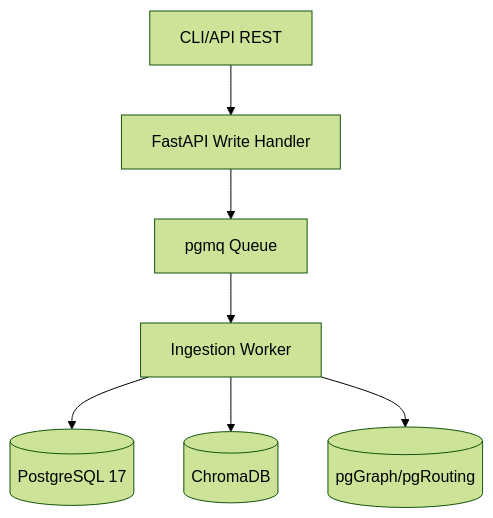
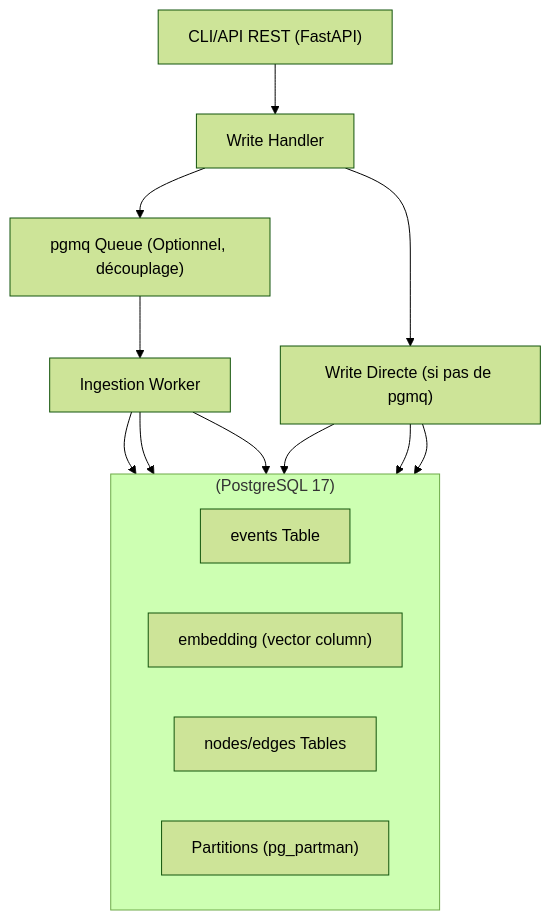
One commit to giak/mnemo-lite changed the first of 3 diagrams in docs/Document Architecture.md. Above: the diagram before and after it, drawn with Mermaid (forest theme). The commit also changed other lines of this file and 7 other files, not shown here.

````diff
--- a/docs/Document Architecture.md
+++ b/docs/Document Architecture.md
@@ -17,9 +15,22 @@
 ```mermaid
 flowchart TD
-  CLI_API["CLI/API REST"] --> FastAPI_Write["FastAPI Write Handler"]
-  FastAPI_Write --> Queue["pgmq Queue"]
+  CLI_API["CLI/API REST (FastAPI)"] --> WriteHandler["Write Handler"]
+  WriteHandler --> Queue["pgmq Queue (Optionnel, découplage)"]
   Queue --> Worker["Ingestion Worker"]
-  Worker --> PostgreSQL[("PostgreSQL 17")]
-  Worker --> ChromaDB[("ChromaDB")]
-  Worker --> pgGraph[("pgGraph/pgRouting")]
+  WriteHandler --> DirectWrite["Write Directe (si pas de pgmq)"]
+  
+  subgraph PostgreSQL_17 ["(PostgreSQL 17)"]
+    direction LR
+    PG_Events[events Table]
+    PG_Embeddings["embedding (vector column)"]
+    PG_Graph[nodes/edges Tables]
+    PG_Partitions["Partitions (pg_partman)"]
+  end
+
+  Worker --> PG_Events
+  Worker --> PG_Embeddings
+  Worker --> PG_Graph
+  DirectWrite --> PG_Events
+  DirectWrite --> PG_Embeddings
+  DirectWrite --> PG_Graph
 ```
````
